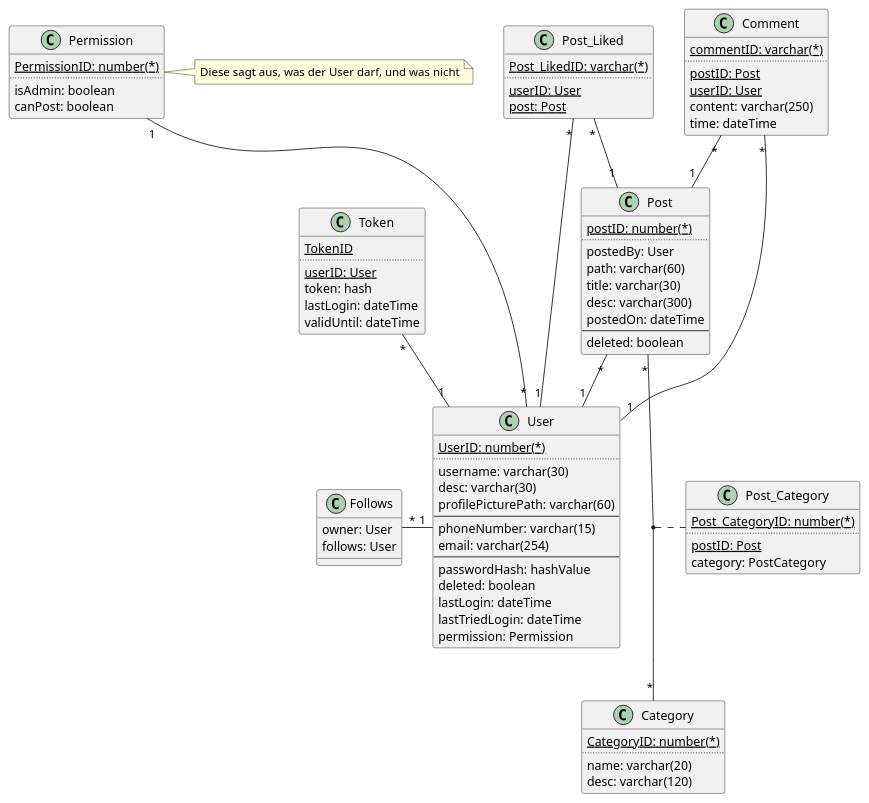
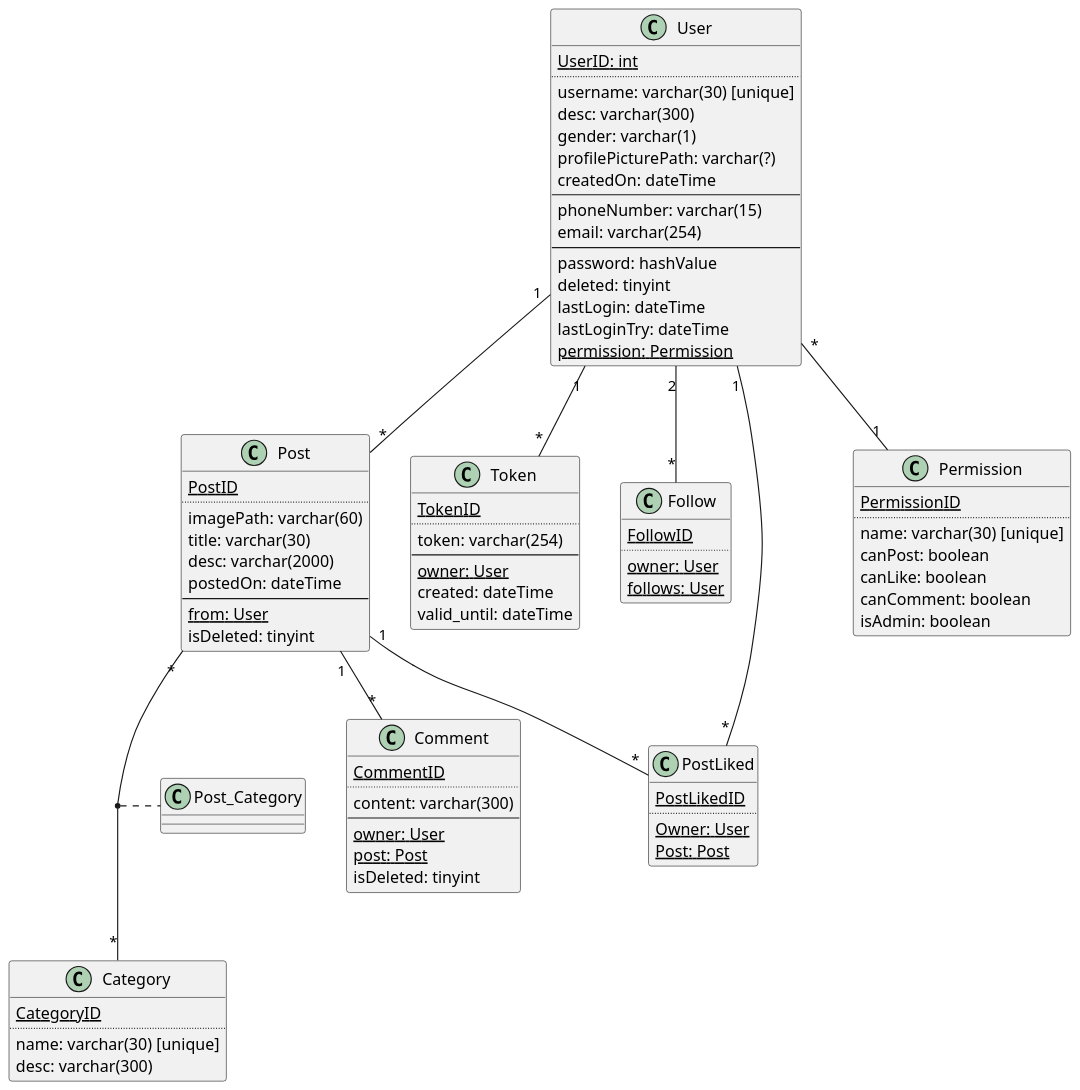
Before and after one commit to MctomSpdo/Visuly: the diagram in 0Planning/index.adoc, drawn with PlantUML. The commit also changed other lines of this file and 31 other files, not shown here.

```diff
--- a/0Planning/index.adoc
+++ b/0Planning/index.adoc
@@ -22,105 +65,103 @@
-[plantuml, db]
+[plantuml, dbConcept-1]
 ----
+@startuml
 skinparam backgroundcolor transparent
 skinparam shadowing false
 
+scale 1.3
 
 class User {
-    <u>UserID: number(*)</u>
+    <u>UserID: int</u>
     ..
-    username: varchar(30)
-    desc: varchar(30)
-    profilePicturePath: varchar(60)
-    ---
+    username: varchar(30) [unique]
+    desc: varchar(300)
+    gender: varchar(1)
+    profilePicturePath: varchar(?)
+    createdOn: dateTime
+    --
     phoneNumber: varchar(15)
     email: varchar(254)
     --
-    passwordHash: hashValue
-    deleted: boolean
+    password: hashValue
+    deleted: tinyint
     lastLogin: dateTime
-    lastTriedLogin: dateTime
-    permission: Permission
+    lastLoginTry: dateTime
+    <w>permission: Permission</w>
 }
 
 class Post {
-    <u>postID: number(*)</u>
+    <u>PostID</u>
     ..
-    postedBy: User
-    path: varchar(60)
+    imagePath: varchar(60)
     title: varchar(30)
-    desc: varchar(300)
+    desc: varchar(2000)
     postedOn: dateTime
     --
-    deleted: boolean
-}
-class Post_Liked {
-    <u>Post_LikedID: varchar(*)</u>
-    ..
-    <w>userID: User</w>
-    <w>post: Post</w>
+    <w>from: User</w>
+    isDeleted: tinyint
 }
 
 class Category {
-    <u>CategoryID: number(*)</u>
+    <u>CategoryID</u>
     ..
-    name: varchar(20)
-    desc: varchar(120)
-}
-
-class Post_Category {
-    <u>Post_CategoryID: number(*)</u>
-    ..
-    <w>postID: Post</w>
-    category: PostCategory
-}
-
-class Comment {
-    <u>commentID: varchar(*)</u>
-    ..
-    <w>postID: Post</w>
-    <w>userID: User</w>
-    content: varchar(250)
-    time: dateTime
-}
-
-class Permission {
-    <u>PermissionID: number(*)</u>
-    ..
-    isAdmin: boolean
-    canPost: boolean
+    name: varchar(30) [unique]
+    desc: varchar(300)
 }
 
 class Token {
     <u>TokenID</u>
     ..
-    <w>userID: User</w>
-    token: hash
-    lastLogin: dateTime
-    validUntil: dateTime
+    token: varchar(254)
+    --
+    <w>owner: User</w>
+    created: dateTime
+    valid_until: dateTime
 }
 
-class Follows {
-    owner: User
-    follows: User
+class Follow {
+    <u>FollowID</u>
+    ..
+    <w>owner: User</w>
+    <w>follows: User</w>
 }
 
-note "Diese sagt aus, was der User darf, und was nicht" as NPer
-Permission .right. NPer
+class PostLiked {
+    <u>PostLikedID</u>
+    ..
+    <w>Owner: User</w>
+    <w>Post: Post</w>
+}
 
-Post "*" -- "1" User
+class Permission {
+    <u>PermissionID</u>
+    ..
+    name: varchar(30) [unique]
+    canPost: boolean
+    canLike: boolean
+    canComment: boolean
+    isAdmin: boolean
+}
 
+class Comment {
+    <u>CommentID</u>
+    ..
+    content: varchar(300)
+    --
+    <w>owner: User</w>
+    <w>post: Post</w>
+    isDeleted: tinyint
+}
+
+User "1" -- "*" Post
+User "1" -- "*" Token
+User "2" -- "*" Follow
+User "1" -- "*" PostLiked
+User "*" -- "1" Permission
+
+Post "1" -- "*" PostLiked
+Post "1" -- "*" Comment
 Post "*" -- "*" Category
 (Post, Category) .. Post_Category
 
-Post_Liked "*" -- "1" User
-Post_Liked "*" -- "1" Post
-
-Comment "*" -- "1" Post
-Comment "*" -- "1" User
-
-Permission "1" --- "*" User
-
-Token "*" -- "1" User
-
-Follows "*" - "1" User
+@enduml
 ----
```
